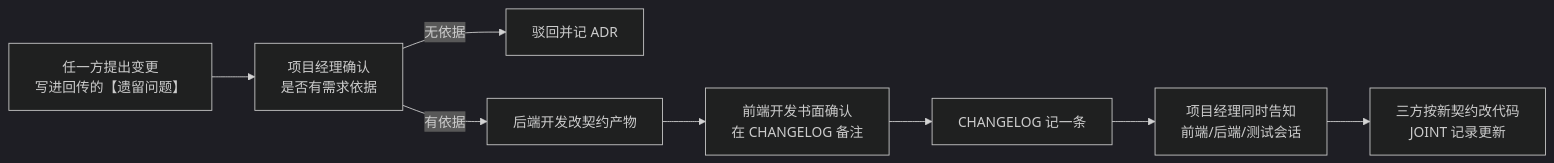
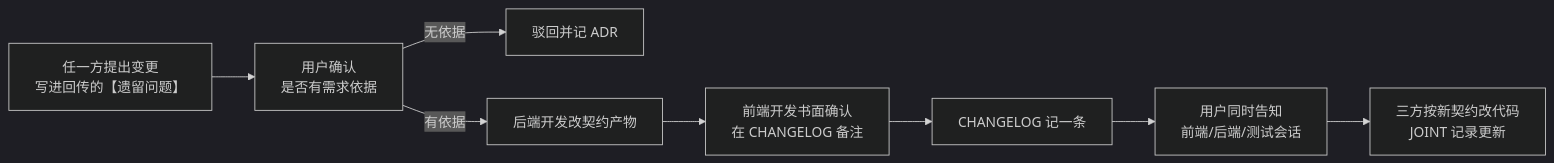
One commit to heaxen/AgentTeam changed the second of 2 diagrams in AI开发团队角色与协作流程.md. Above: the diagram before and after it, drawn with Mermaid (dark theme). The commit also changed other lines of this file and 29 other files, not shown here.

````diff
--- a/AI开发团队角色与协作流程.md
+++ b/AI开发团队角色与协作流程.md
@@ -521,10 +474,10 @@
 ```mermaid
 flowchart LR
-    A["任一方提出变更<br/>写进回传的【遗留问题】"] --> B["项目经理确认<br/>是否有需求依据"]
+    A["任一方提出变更<br/>写进回传的【遗留问题】"] --> B["用户确认<br/>是否有需求依据"]
     B -->|无依据| C["驳回并记 ADR"]
     B -->|有依据| D["后端开发改契约产物"]
     D --> E["前端开发书面确认<br/>在 CHANGELOG 备注"]
     E --> F["CHANGELOG 记一条"]
-    F --> G["项目经理同时告知<br/>前端/后端/测试会话"]
+    F --> G["用户同时告知<br/>前端/后端/测试会话"]
     G --> H["三方按新契约改代码<br/>JOINT 记录更新"]
 ```
````
